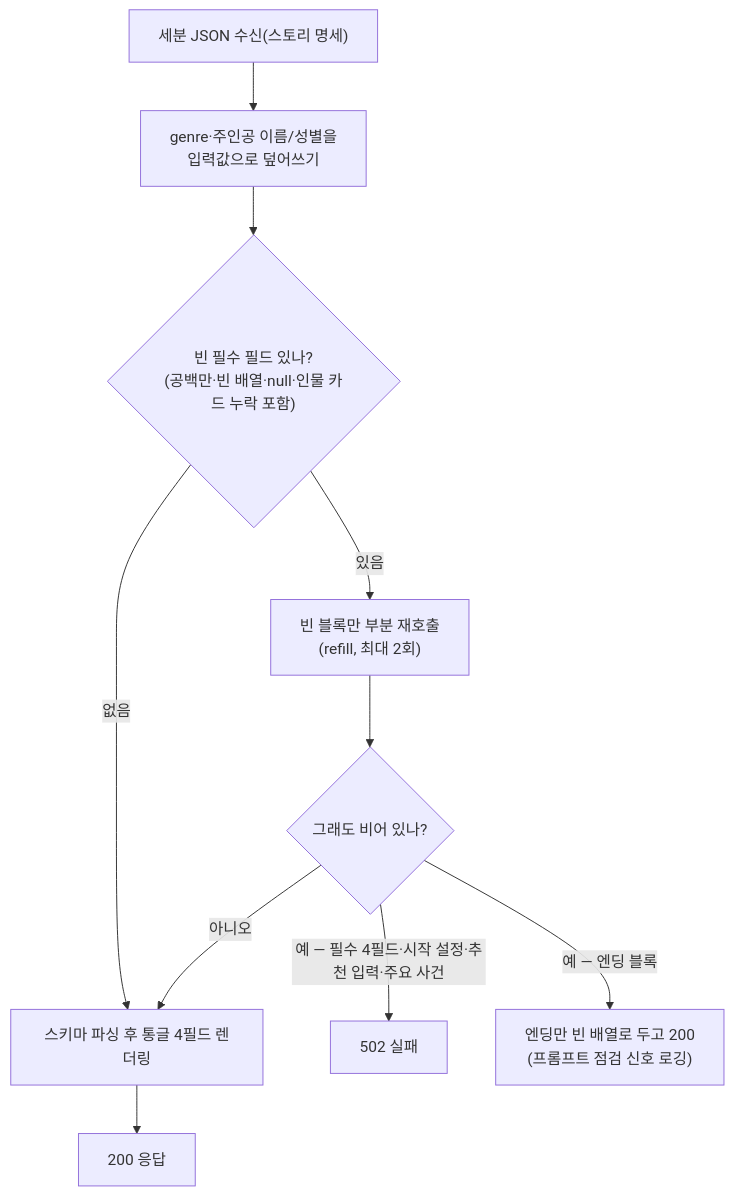
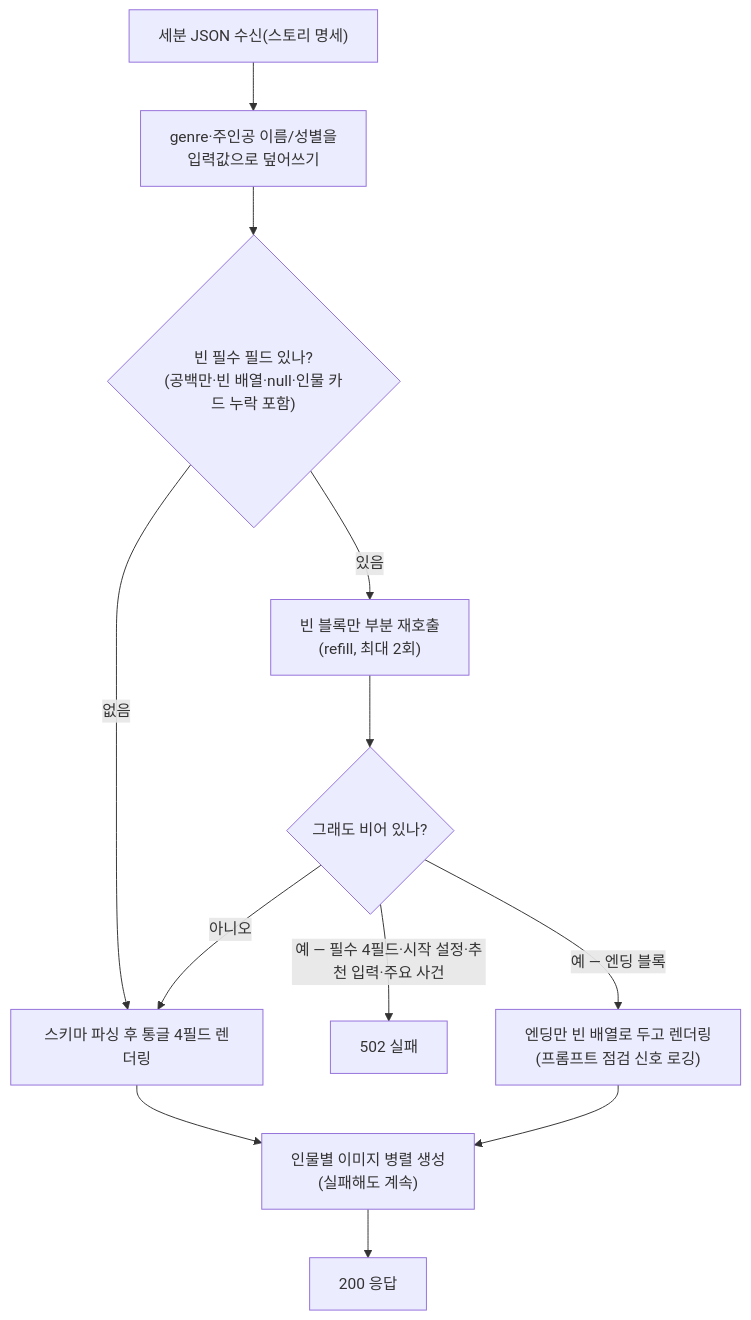
One commit to KIM-N-KANG/knk-harness changed the third of 8 diagrams in docs/product-specs/5-ai-server.md. Above: the diagram before and after it, drawn with Mermaid. The commit also changed other lines of this file and 1 other file, not shown here.

First line of the commit message:
[KNK-950] Docs: 인물 이미지 생성 명세 반영 (#126)

````diff
--- a/docs/product-specs/5-ai-server.md
+++ b/docs/product-specs/5-ai-server.md
@@ -473,12 +475,14 @@
 ```mermaid
 graph TD
     In["세분 JSON 수신(스토리 명세)"] --> Inject["genre·주인공 이름/성별을<br/>입력값으로 덮어쓰기"]
     Inject --> Check{"빈 필수 필드 있나?<br/>(공백만·빈 배열·null·인물 카드 누락 포함)"}
     Check -->|없음| Render["스키마 파싱 후 통글 4필드 렌더링"]
-    Render --> OK[200 응답]
+    Render --> Image["인물별 이미지 병렬 생성<br/>(실패해도 계속)"]
+    Image --> OK[200 응답]
     Check -->|있음| Refill["빈 블록만 부분 재호출<br/>(refill, 최대 2회)"]
     Refill --> Re{"그래도 비어 있나?"}
     Re -->|아니오| Render
     Re -->|"예 — 필수 4필드·시작 설정·추천 입력·주요 사건"| F502[502 실패]
-    Re -->|"예 — 엔딩 블록"| Empty["엔딩만 빈 배열로 두고 200<br/>(프롬프트 점검 신호 로깅)"]
+    Re -->|"예 — 엔딩 블록"| Empty["엔딩만 빈 배열로 두고 렌더링<br/>(프롬프트 점검 신호 로깅)"]
+    Empty --> Image
 ```
````
